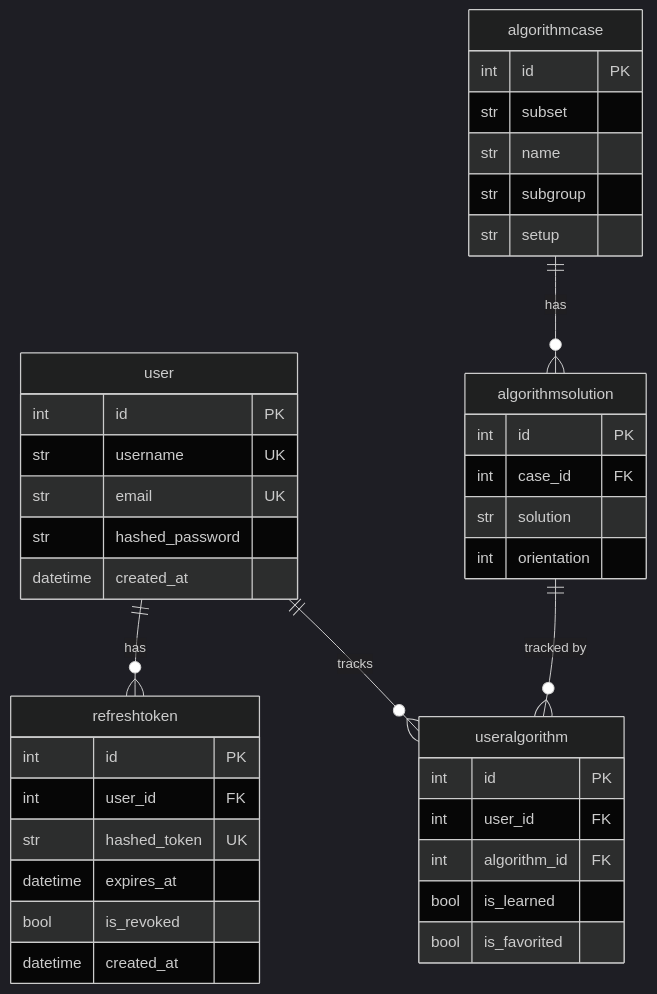
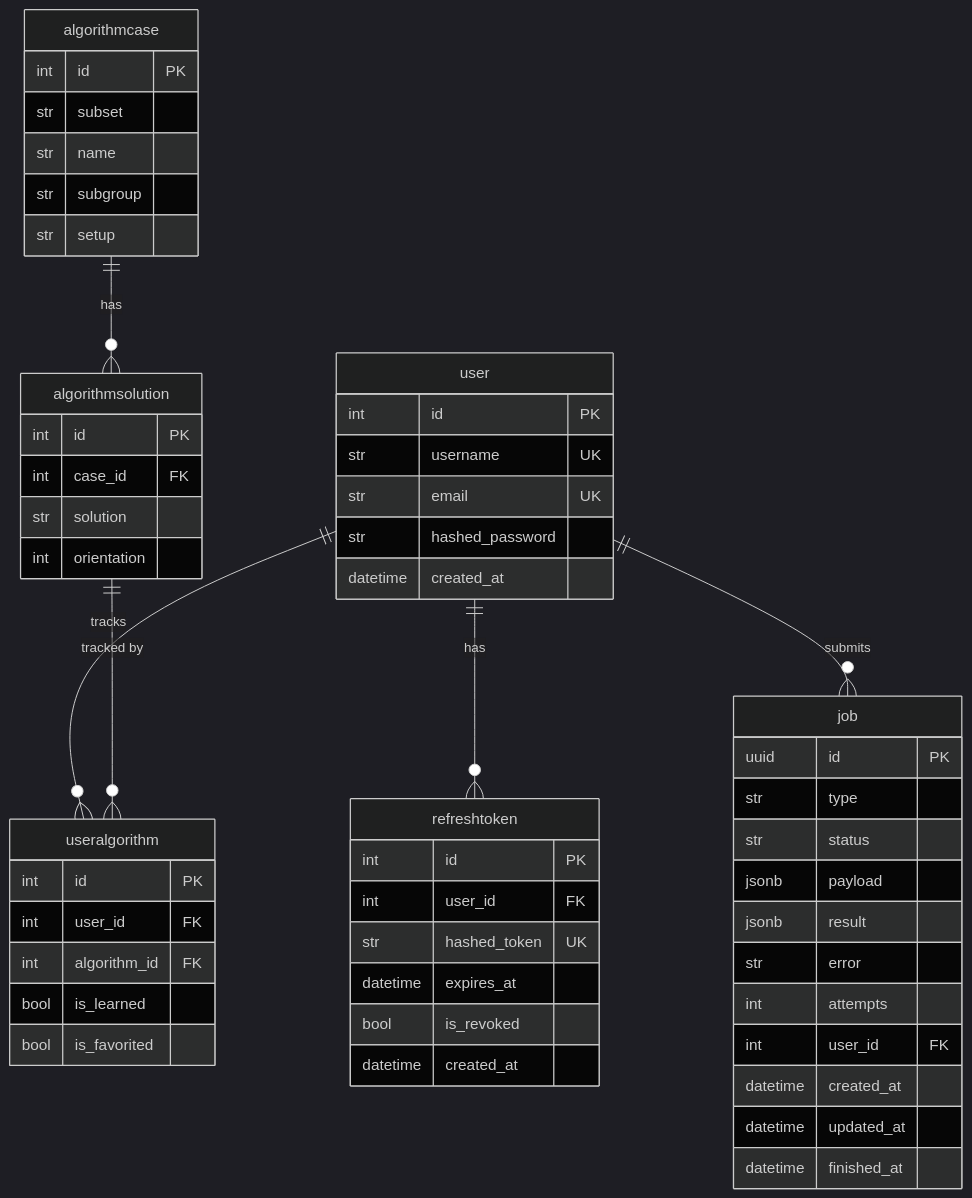
Before and after one commit to aepii/cube-tutor: the first of 2 diagrams in docs/backend.md, drawn with Mermaid (dark theme). The commit also changed other lines of this file and 21 other files, not shown here.

````diff
--- a/docs/backend.md
+++ b/docs/backend.md
@@ -43,43 +43,57 @@
 ```mermaid
 erDiagram
     user ||--o{ refreshtoken : has
     user ||--o{ useralgorithm : tracks
+    user ||--o{ job : submits
     algorithmcase ||--o{ algorithmsolution : has
     algorithmsolution ||--o{ useralgorithm : "tracked by"
 
     user {
         int id PK
         str username UK
         str email UK
         str hashed_password
         datetime created_at
     }
     refreshtoken {
         int id PK
         int user_id FK
         str hashed_token UK
         datetime expires_at
         bool is_revoked
         datetime created_at
     }
     algorithmcase {
         int id PK
         str subset
         str name
         str subgroup
         str setup
     }
     algorithmsolution {
         int id PK
         int case_id FK
         str solution
         int orientation
     }
     useralgorithm {
         int id PK
         int user_id FK
         int algorithm_id FK
         bool is_learned
         bool is_favorited
     }
+    job {
+        uuid id PK
+        str type
+        str status
+        jsonb payload
+        jsonb result
+        str error
+        int attempts
+        int user_id FK
+        datetime created_at
+        datetime updated_at
+        datetime finished_at
+    }
 ```
````
